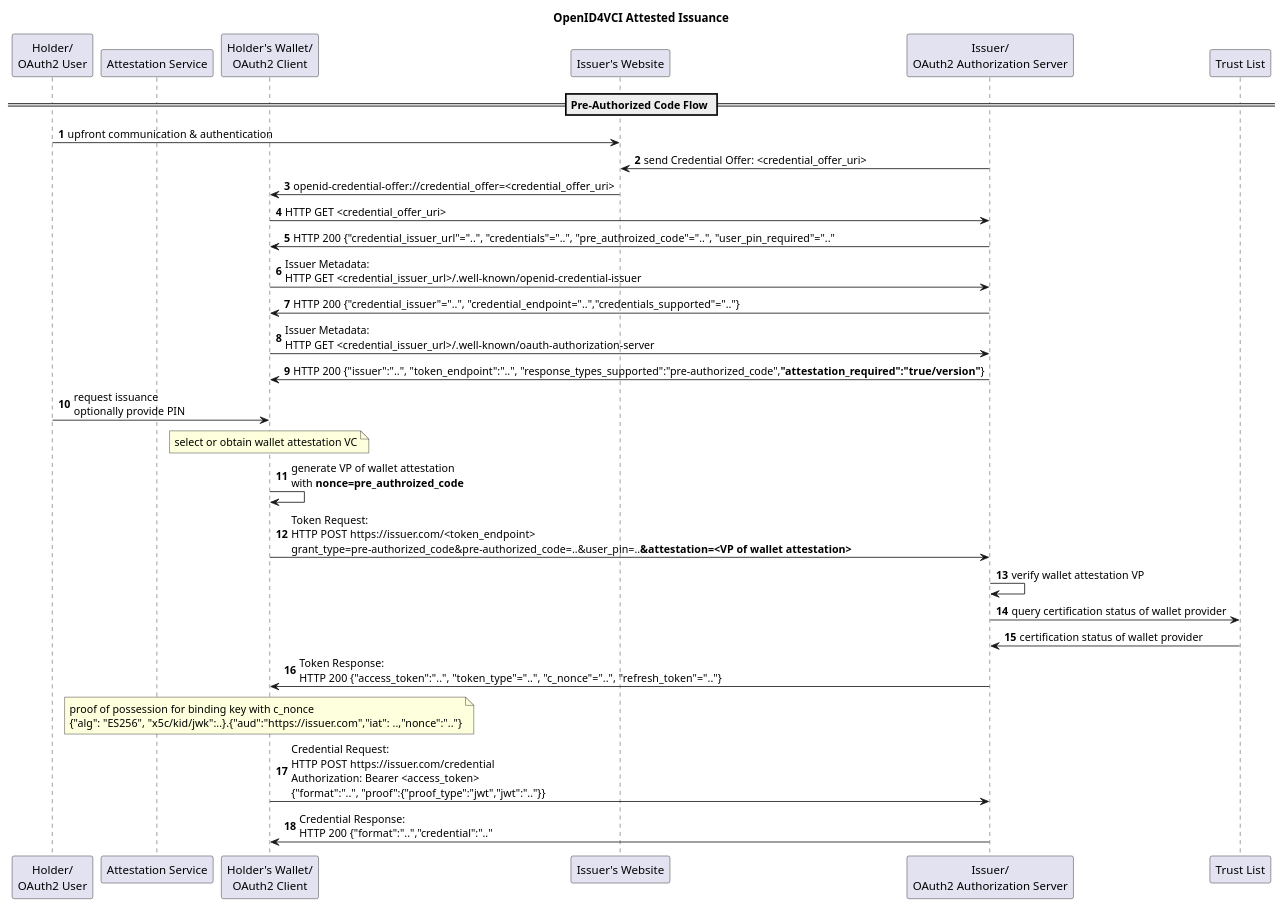
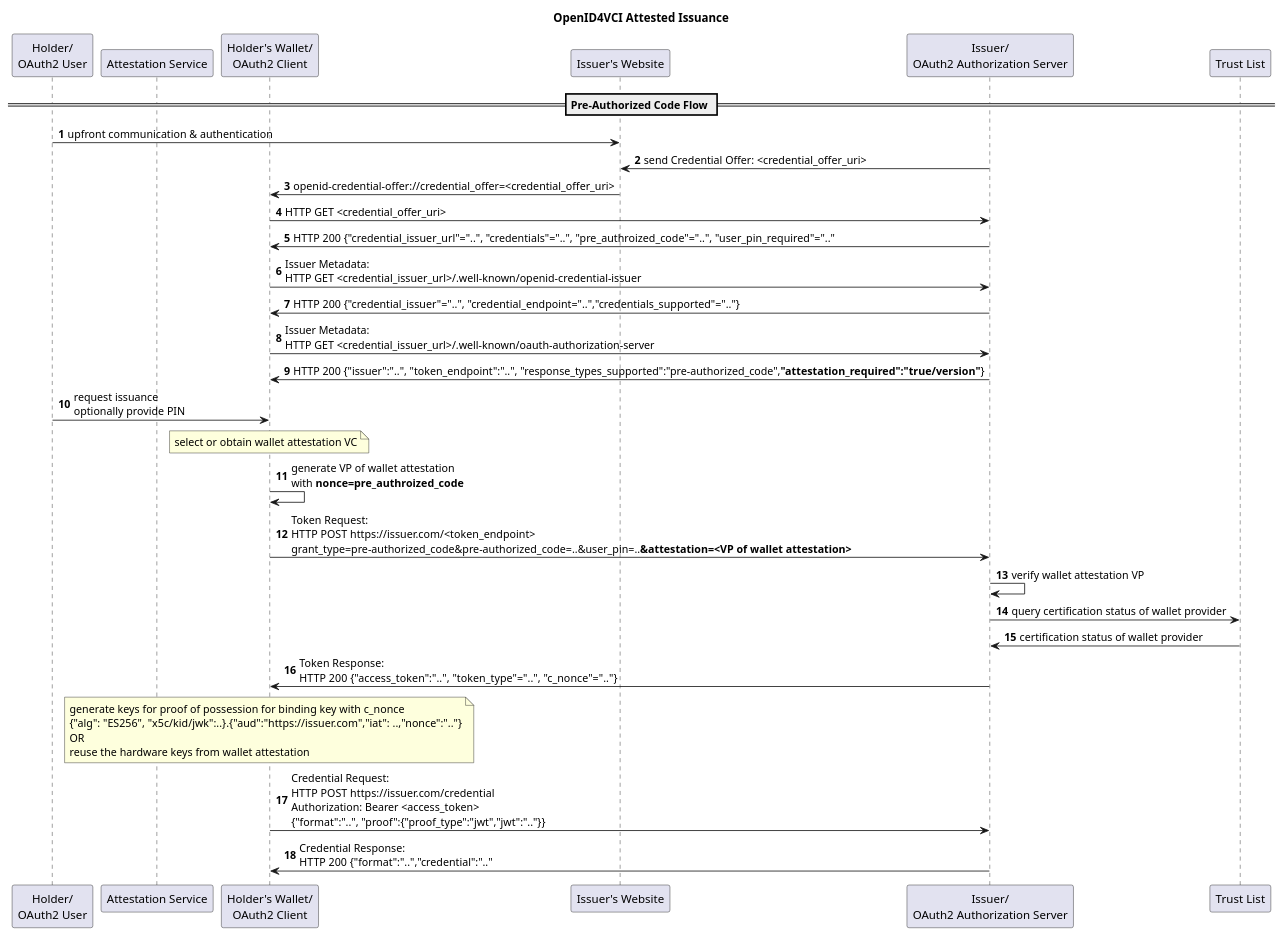
Before and after one commit to IDunion/hackathon: the diagram in Attestation/issuance_flow.puml, drawn with PlantUML.

```diff
--- a/Attestation/issuance_flow.puml
+++ b/Attestation/issuance_flow.puml
@@ -1,55 +1,55 @@
 @startuml
 'https://plantuml.com/sequence-diagram
 
 title OpenID4VCI Attested Issuance
 
 autonumber
 
 participant u as "Holder/\nOAuth2 User"
 participant a as "Attestation Service"
 participant w as "Holder's Wallet/\nOAuth2 Client"
 participant b as "Issuer's Website"
 participant i as "Issuer/\nOAuth2 Authorization Server"
 participant t as "Trust List"
 
 == Pre-Authorized Code Flow ==
 u -> b : upfront communication & authentication
 
 i -> b : send Credential Offer: <credential_offer_uri>
 b -> w : openid-credential-offer://credential_offer=<credential_offer_uri>
 
 w -> i : HTTP GET <credential_offer_uri>
 i -> w : HTTP 200 {"credential_issuer_url"="..", "credentials"="..", "pre_authroized_code"="..", "user_pin_required"=".."
 
 w -> i : Issuer Metadata:\nHTTP GET <credential_issuer_url>/.well-known/openid-credential-issuer
 i -> w : HTTP 200 {"credential_issuer"="..", "credential_endpoint="..","credentials_supported"=".."}
 
 w -> i : Issuer Metadata:\nHTTP GET <credential_issuer_url>/.well-known/oauth-authorization-server
 i -> w : HTTP 200 {"issuer":"..", "token_endpoint":"..", "response_types_supported":"pre-authorized_code",**"attestation_required":"true/version"**}
 
 u -> w : request issuance\noptionally provide PIN
 
 note over w: select or obtain wallet attestation VC
 'opt on-demand wallet attestation
 'note over w,a: attestation may be a proprietary process,\n the interoperability of wallet attestations\nacross multiple wallets and attestation services\n is achieved by a common credential schema
 'w -> a : get challenges
 'a -> w : provide challenges
 'w -> w : generate hardware keys, key attestations & app attestation
 'w -> a : send keys and attestations
 'a -> a : verify key & app attestations
 'a -> w : issue wallet attestation
 'end
 
 w -> w : generate VP of wallet attestation\nwith **nonce=pre_authroized_code**
 
 w -> i : Token Request:\nHTTP POST https://issuer.com/<token_endpoint>\ngrant_type=pre-authorized_code&pre-authorized_code=..&user_pin=..**&attestation=<VP of wallet attestation>**
 i -> i : verify wallet attestation VP
 i -> t : query certification status of wallet provider
 t -> i : certification status of wallet provider
-i -> w : Token Response:\nHTTP 200  {"access_token":"..", "token_type"="..", "c_nonce"="..", "refresh_token"=".."}
+i -> w : Token Response:\nHTTP 200  {"access_token":"..", "token_type"="..", "c_nonce"=".."}
 
-note over w : proof of possession for binding key with c_nonce\n{"alg": "ES256", "x5c/kid/jwk":..}.{"aud":"https://issuer.com","iat": ..,"nonce":".."}
+note over w : generate keys for proof of possession for binding key with c_nonce\n{"alg": "ES256", "x5c/kid/jwk":..}.{"aud":"https://issuer.com","iat": ..,"nonce":".."}\nOR\nreuse the hardware keys from wallet attestation
 w -> i : Credential Request:\nHTTP POST https://issuer.com/credential\nAuthorization: Bearer <access_token>\n{"format":"..", "proof":{"proof_type":"jwt","jwt":".."}}
 i -> w : Credential Response:\nHTTP 200 {"format":"..","credential":".."
 
 @enduml
```
